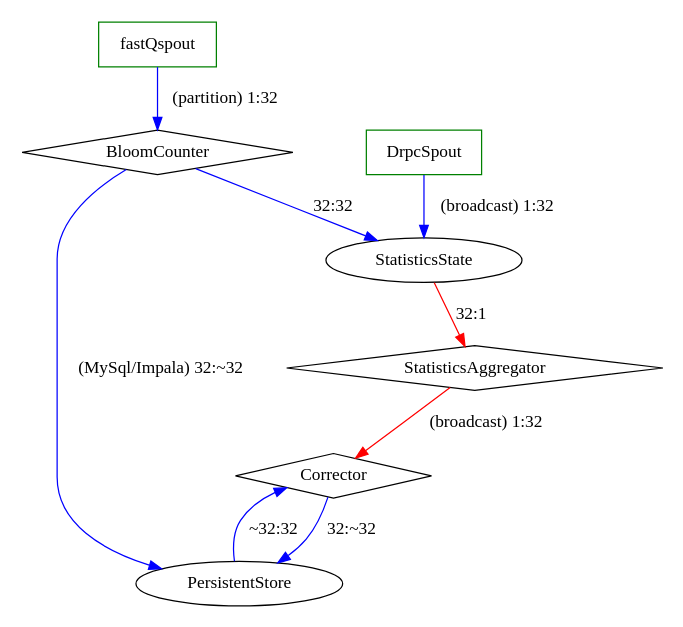
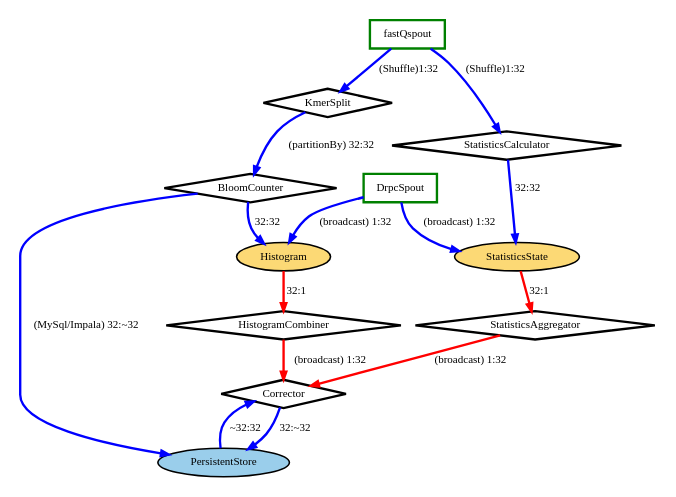
Before and after one commit to laksh-bhat/compgenomics: the diagram in res/project/topology.dot, drawn with Graphviz. The commit also changed 10 other files, not shown here.

```diff
--- a/res/project/topology.dot
+++ b/res/project/topology.dot
@@ -1,21 +1,34 @@
 
  digraph G {
  size ="4,4";
  edge [color= blue];
- fastQspout -> BloomCounter [label="(partition) 1:32"];
- BloomCounter -> StatisticsState[label="32:32"];
- BloomCounter -> PersistentStore[label="(MySql/Impala) 32:~32"];
+ fastQspout -> KmerSplit[label="(Shuffle)1:32", penwidth=3];
+ fastQspout -> StatisticsCalculator[label="(Shuffle)1:32", penwidth=3];
+ StatisticsCalculator->StatisticsState[label="32:32", penwidth=3];
+ KmerSplit -> BloomCounter [label="(partitionBy) 32:32", penwidth=3];
+ BloomCounter -> Histogram[label="32:32", penwidth=3];
+ BloomCounter -> PersistentStore[label="(MySql/Impala) 32:~32", penwidth=3];
 
-DrpcSpout-> StatisticsState[label="(broadcast) 1:32"];
-StatisticsState -> StatisticsAggregator [label="32:1", color=red];
+DrpcSpout-> StatisticsState[label="(broadcast) 1:32", penwidth=3];
+DrpcSpout -> Histogram[label="(broadcast) 1:32", penwidth=3];
+Histogram -> HistogramCombiner[label="32:1", color=red, penwidth=3];
+StatisticsState -> StatisticsAggregator [label="32:1", color=red, penwidth=3];
  
-PersistentStore -> Corrector[label="~32:32"];
-StatisticsAggregator -> Corrector[label="(broadcast) 1:32",  color=red];
-Corrector -> PersistentStore[label="32:~32"];
+PersistentStore -> Corrector[label="~32:32", penwidth=3];
+StatisticsAggregator -> Corrector[label="(broadcast) 1:32",  color=red, penwidth=3];
+HistogramCombiner -> Corrector[label="(broadcast) 1:32",  color=red, penwidth=3];
+Corrector -> PersistentStore[label="32:~32", penwidth=3];
 
-fastQspout[shape=box, color=green];
-DrpcSpout[shape=box, color=green];
-BloomCounter[shape=diamond];
-StatisticsAggregator[shape=diamond];
-Corrector[shape=diamond];
+fastQspout[shape=box, color=green, penwidth=3];
+DrpcSpout[shape=box, color=green, penwidth=3];
+BloomCounter[shape=diamond, penwidth=3];
+StatisticsAggregator[shape=diamond, penwidth=3];
+Corrector[shape=diamond, penwidth=3];
+StatisticsCalculator[shape=diamond, penwidth=3];
+KmerSplit[shape=diamond, penwidth=3];
+HistogramCombiner[shape=diamond, penwidth=3];
+Histogram[style=filled,fillcolor="#FCD975", penwidth=2]
+StatisticsState[style=filled,fillcolor="#FCD975", penwidth=2]
+PersistentStore[style=filled,fillcolor="#9ACEEB" , penwidth=2]
+
  }
```
